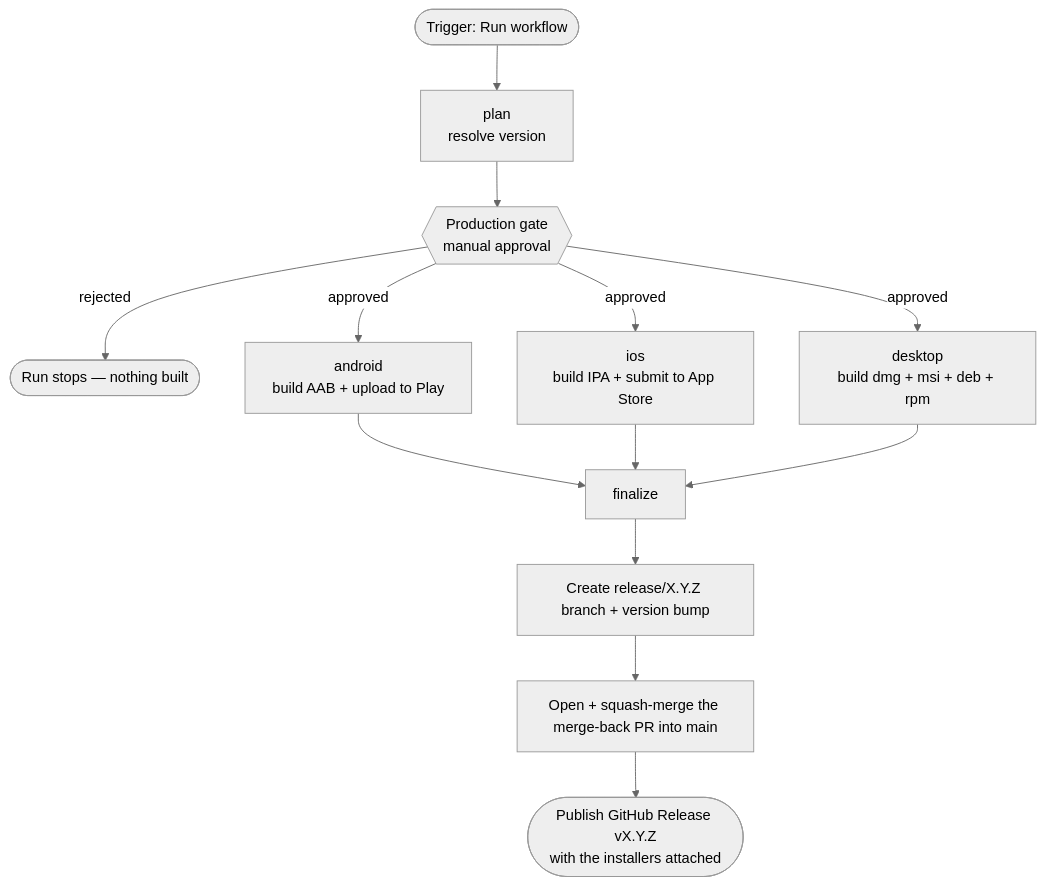
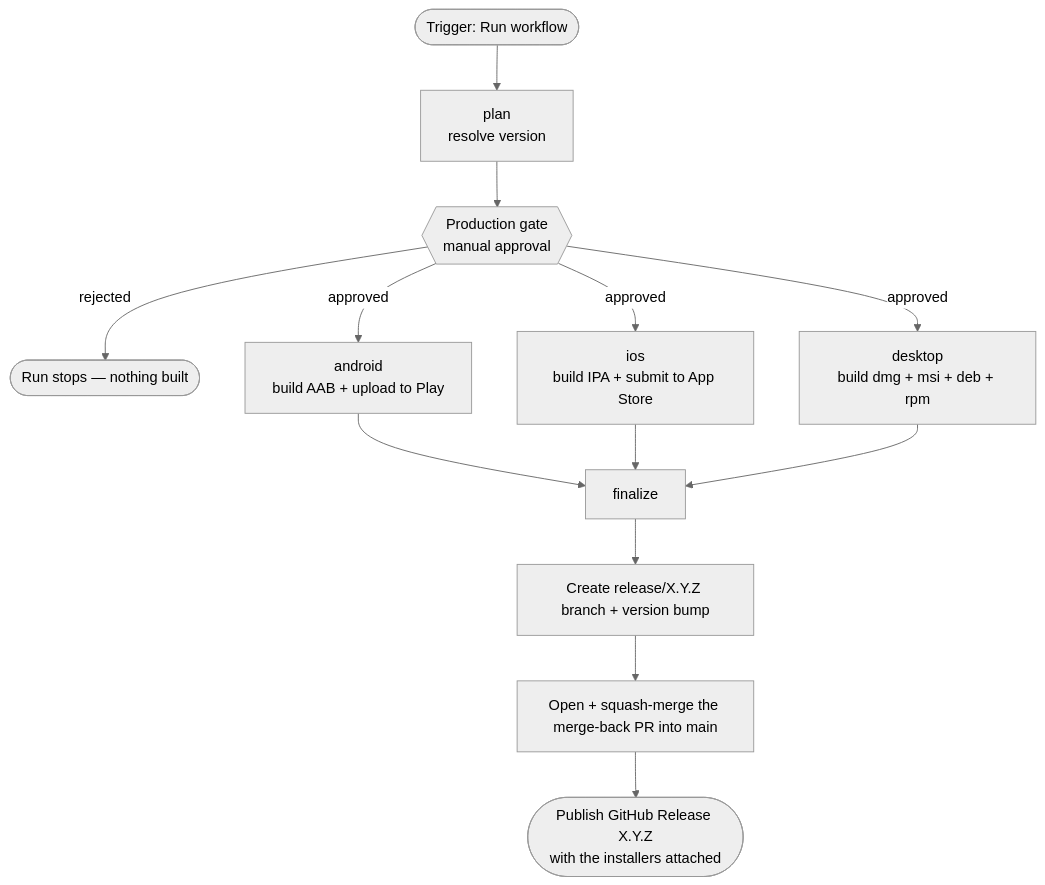
One commit to Quartel-Enterprise/bible-planner-mobile-client changed the first of 2 diagrams in docs/release-process.md. Above: the diagram before and after it, drawn with Mermaid (neutral theme). The commit also changed other lines of this file and 11 other files, not shown here.

````diff
--- a/docs/release-process.md
+++ b/docs/release-process.md
@@ -19,15 +19,15 @@
 ```mermaid
 flowchart TD
     A([Trigger: Run workflow]) --> B[plan<br/>resolve version]
     B --> G{{Production gate<br/>manual approval}}
     G -->|rejected| X([Run stops — nothing built])
     G -->|approved| D[android<br/>build AAB + upload to Play]
     G -->|approved| E[ios<br/>build IPA + submit to App Store]
     G -->|approved| H[desktop<br/>build dmg + msi + deb + rpm]
     D --> F[finalize]
     E --> F
     H --> F
     F --> F1[Create release/X.Y.Z branch + version bump]
     F1 --> F2[Open + squash-merge the merge-back PR into main]
-    F2 --> F3([Publish GitHub Release vX.Y.Z<br/>with the installers attached])
+    F2 --> F3([Publish GitHub Release X.Y.Z<br/>with the installers attached])
 ```
````
